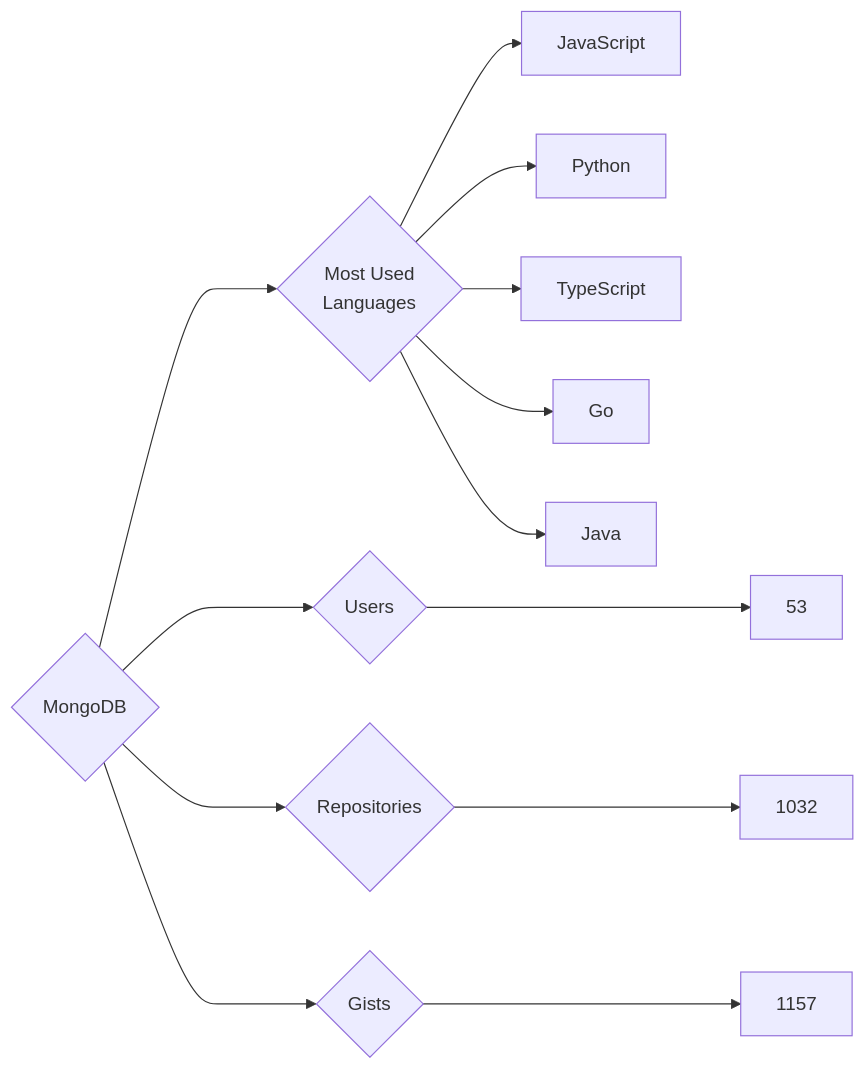
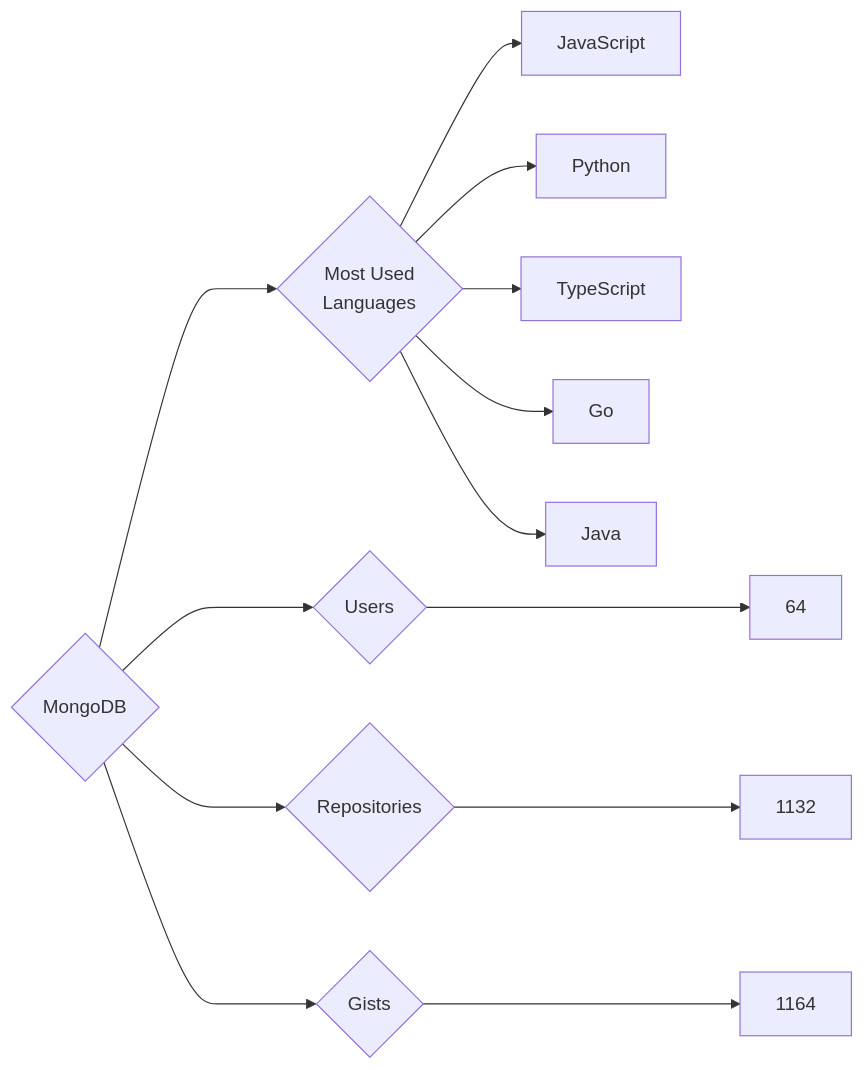
One commit to trickest/insiders changed the diagram in targets/MongoDB/README.md. Above: the diagram before and after it, drawn with Mermaid. The commit also changed 839 other files, not shown here.

````diff
--- a/targets/MongoDB/README.md
+++ b/targets/MongoDB/README.md
@@ -3,13 +3,13 @@
 ```mermaid
 graph LR
 COMPANY_NAME{MongoDB}
-COMPANY_NAME ---> U{Users} ---> UN[53]
-COMPANY_NAME ---> R{Repositories} ---> RN[1032]
-COMPANY_NAME ---> G{Gists} ---> GN[1157]
+COMPANY_NAME ---> U{Users} ---> UN[64]
+COMPANY_NAME ---> R{Repositories} ---> RN[1132]
+COMPANY_NAME ---> G{Gists} ---> GN[1164]
 COMPANY_NAME ---> ML{Most Used<br>Languages}
 ML --> JavaScript[JavaScript]
 ML --> Python[Python]
 ML --> TypeScript[TypeScript]
 ML --> Go[Go]
 ML --> Java[Java]
 ```
````
